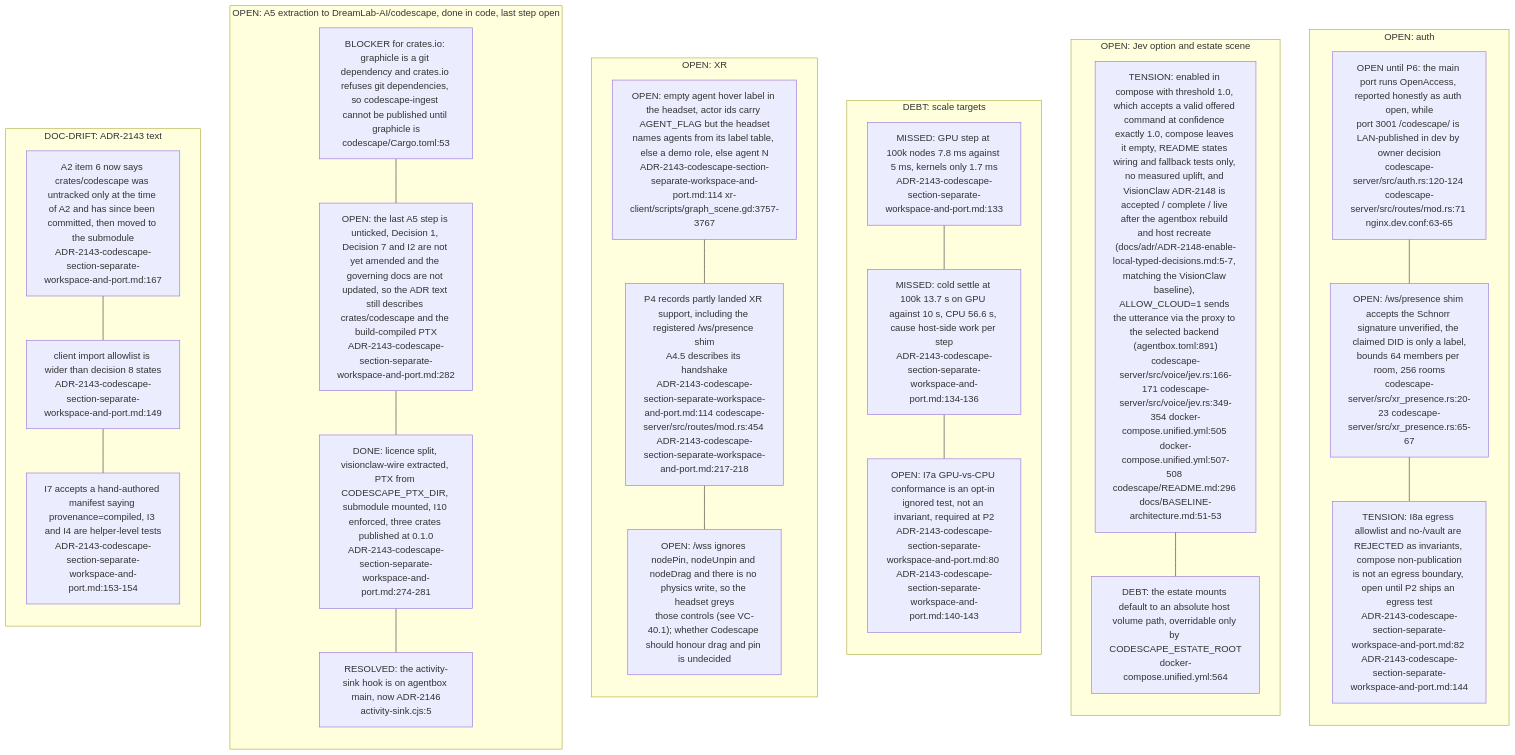
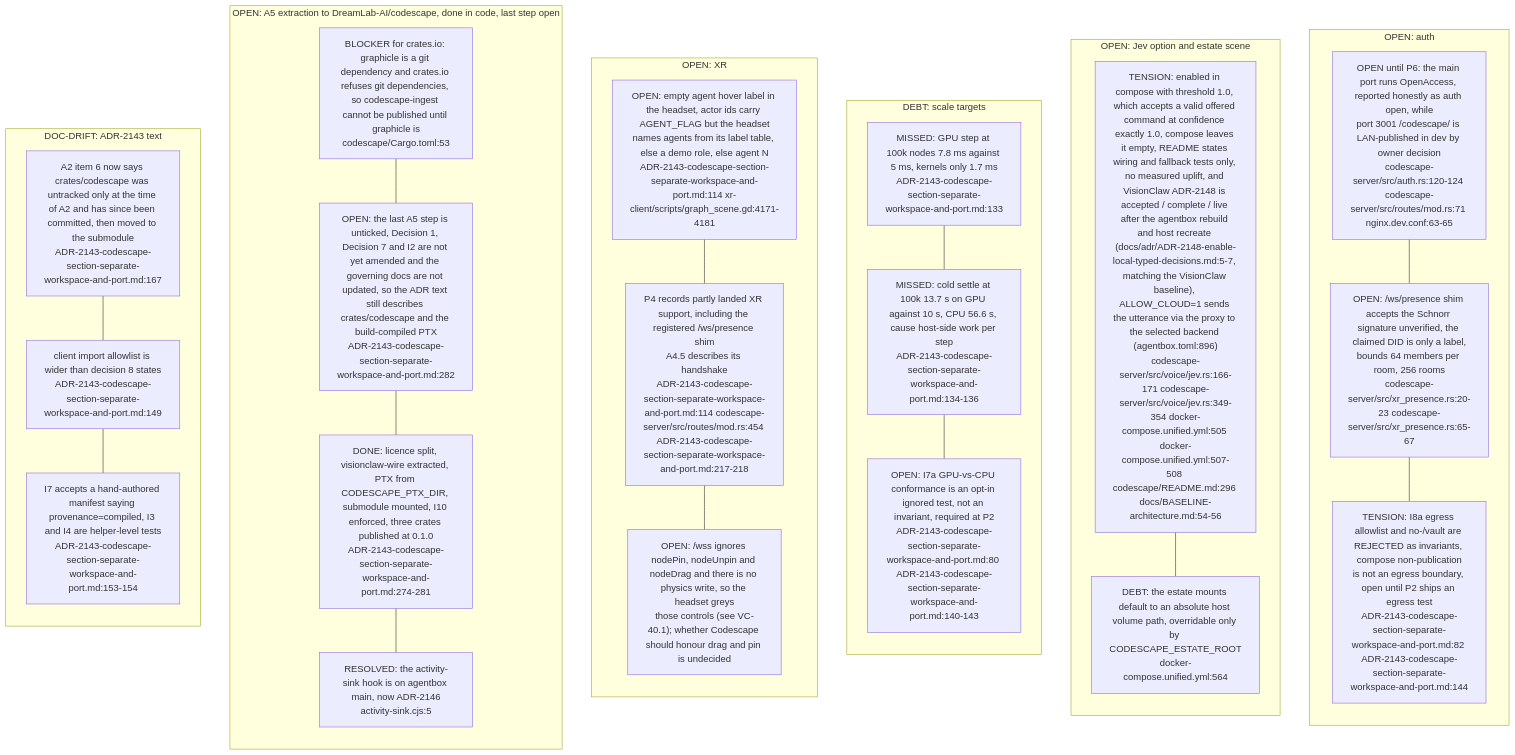
The seventh of 8 diagrams in docs/diagrams/visionclaw/39-codescape.md (DreamLab-AI/VisionFlow), drawn with Mermaid before and after one commit. The commit also changed other lines of this file and 56 other files, not shown here.

First line of the commit message:
docs(diagrams): re-verify VisionClaw topics at ec785afa9, add VC-19/56/57 and the VisionClaw register

````diff
--- a/docs/diagrams/visionclaw/39-codescape.md
+++ b/docs/diagrams/visionclaw/39-codescape.md
@@ -337,45 +351,45 @@
 ```mermaid
 flowchart TB
     subgraph SEC["OPEN: auth"]
         direction TB
         R1["OPEN until P6: the main port runs OpenAccess, reported honestly as auth open, while<br/>port 3001 /codescape/ is LAN-published in dev by owner decision<br/>codescape-server/src/auth.rs:120-124 codescape-server/src/routes/mod.rs:71 nginx.dev.conf:63-65"]
         R2["OPEN: /ws/presence shim accepts the Schnorr signature unverified, the claimed DID is only a label,<br/>bounds 64 members per room, 256 rooms<br/>codescape-server/src/xr_presence.rs:20-23 codescape-server/src/xr_presence.rs:65-67"]
         R3["TENSION: I8a egress allowlist and no-/vault are REJECTED as invariants, compose non-publication<br/>is not an egress boundary, open until P2 ships an egress test<br/>ADR-2143-codescape-section-separate-workspace-and-port.md:82 ADR-2143-codescape-section-separate-workspace-and-port.md:144"]
         R1 --- R2 --- R3
     end
     subgraph JEVG["OPEN: Jev option and estate scene"]
         direction TB
-        J1["TENSION: enabled in compose with threshold 1.0, which accepts a valid offered command at confidence exactly 1.0, compose leaves it empty, README states wiring and fallback tests only, no measured uplift, and VisionClaw ADR-2148 is accepted / complete / live after the agentbox rebuild and host recreate (docs/adr/ADR-2148-enable-local-typed-decisions.md:5-7, matching the VisionClaw baseline), ALLOW_CLOUD=1 sends the utterance via the proxy to the selected backend (agentbox.toml:891)<br/>codescape-server/src/voice/jev.rs:166-171 codescape-server/src/voice/jev.rs:349-354 docker-compose.unified.yml:505 docker-compose.unified.yml:507-508 codescape/README.md:296 docs/BASELINE-architecture.md:51-53"]
+        J1["TENSION: enabled in compose with threshold 1.0, which accepts a valid offered command at confidence exactly 1.0, compose leaves it empty, README states wiring and fallback tests only, no measured uplift, and VisionClaw ADR-2148 is accepted / complete / live after the agentbox rebuild and host recreate (docs/adr/ADR-2148-enable-local-typed-decisions.md:5-7, matching the VisionClaw baseline), ALLOW_CLOUD=1 sends the utterance via the proxy to the selected backend (agentbox.toml:896)<br/>codescape-server/src/voice/jev.rs:166-171 codescape-server/src/voice/jev.rs:349-354 docker-compose.unified.yml:505 docker-compose.unified.yml:507-508 codescape/README.md:296 docs/BASELINE-architecture.md:54-56"]
         J2["DEBT: the estate mounts default to an absolute host volume path, overridable only by CODESCAPE_ESTATE_ROOT<br/>docker-compose.unified.yml:564"]
         J1 --- J2
     end
     subgraph PERF["DEBT: scale targets"]
         direction TB
         P1["MISSED: GPU step at 100k nodes 7.8 ms against 5 ms, kernels only 1.7 ms<br/>ADR-2143-codescape-section-separate-workspace-and-port.md:133"]
         P2["MISSED: cold settle at 100k 13.7 s on GPU against 10 s, CPU 56.6 s, cause host-side work per step<br/>ADR-2143-codescape-section-separate-workspace-and-port.md:134-136"]
         P3["OPEN: I7a GPU-vs-CPU conformance is an opt-in ignored test, not an invariant, required at P2<br/>ADR-2143-codescape-section-separate-workspace-and-port.md:80 ADR-2143-codescape-section-separate-workspace-and-port.md:140-143"]
         P1 --- P2 --- P3
     end
     subgraph XRG["OPEN: XR"]
         direction TB
-        X1["OPEN: empty agent hover label in the headset, actor ids carry AGENT_FLAG but the headset<br/>names agents from its label table, else a demo role, else agent N<br/>ADR-2143-codescape-section-separate-workspace-and-port.md:114 xr-client/scripts/graph_scene.gd:3757-3767"]
+        X1["OPEN: empty agent hover label in the headset, actor ids carry AGENT_FLAG but the headset<br/>names agents from its label table, else a demo role, else agent N<br/>ADR-2143-codescape-section-separate-workspace-and-port.md:114 xr-client/scripts/graph_scene.gd:4171-4181"]
         X2["P4 records partly landed XR support, including the registered /ws/presence shim<br/>A4.5 describes its handshake<br/>ADR-2143-codescape-section-separate-workspace-and-port.md:114 codescape-server/src/routes/mod.rs:454 ADR-2143-codescape-section-separate-workspace-and-port.md:217-218"]
         X3["OPEN: /wss ignores nodePin, nodeUnpin and nodeDrag and there is no physics write, so the headset greys<br/>those controls (see VC-40.1); whether Codescape should honour drag and pin is undecided"]
         X1 --- X2 --- X3
     end
     subgraph EXT["OPEN: A5 extraction to DreamLab-AI/codescape, done in code, last step open"]
         direction TB
         E1["BLOCKER for crates.io: graphicle is a git dependency and crates.io refuses git dependencies, so codescape-ingest cannot be published until graphicle is<br/>codescape/Cargo.toml:53"]
         E2["OPEN: the last A5 step is unticked, Decision 1, Decision 7 and I2 are not yet amended and the governing docs are not updated, so the ADR text still describes crates/codescape and the build-compiled PTX<br/>ADR-2143-codescape-section-separate-workspace-and-port.md:282"]
         E3["DONE: licence split, visionclaw-wire extracted, PTX from CODESCAPE_PTX_DIR, submodule mounted, I10 enforced, three crates published at 0.1.0<br/>ADR-2143-codescape-section-separate-workspace-and-port.md:274-281"]
         E4["RESOLVED: the activity-sink hook is on agentbox main, now ADR-2146<br/>activity-sink.cjs:5"]
         E1 --- E2 --- E3 --- E4
     end
     subgraph DR["DOC-DRIFT: ADR-2143 text"]
         direction TB
         D1["A2 item 6 now says crates/codescape was untracked only at the time of A2 and has since been committed, then moved to the submodule<br/>ADR-2143-codescape-section-separate-workspace-and-port.md:167"]
         D2["client import allowlist is wider than decision 8 states<br/>ADR-2143-codescape-section-separate-workspace-and-port.md:149"]
         D3["I7 accepts a hand-authored manifest saying provenance=compiled, I3 and I4 are helper-level tests<br/>ADR-2143-codescape-section-separate-workspace-and-port.md:153-154"]
         D1 --- D2 --- D3
     end
 ```
````
